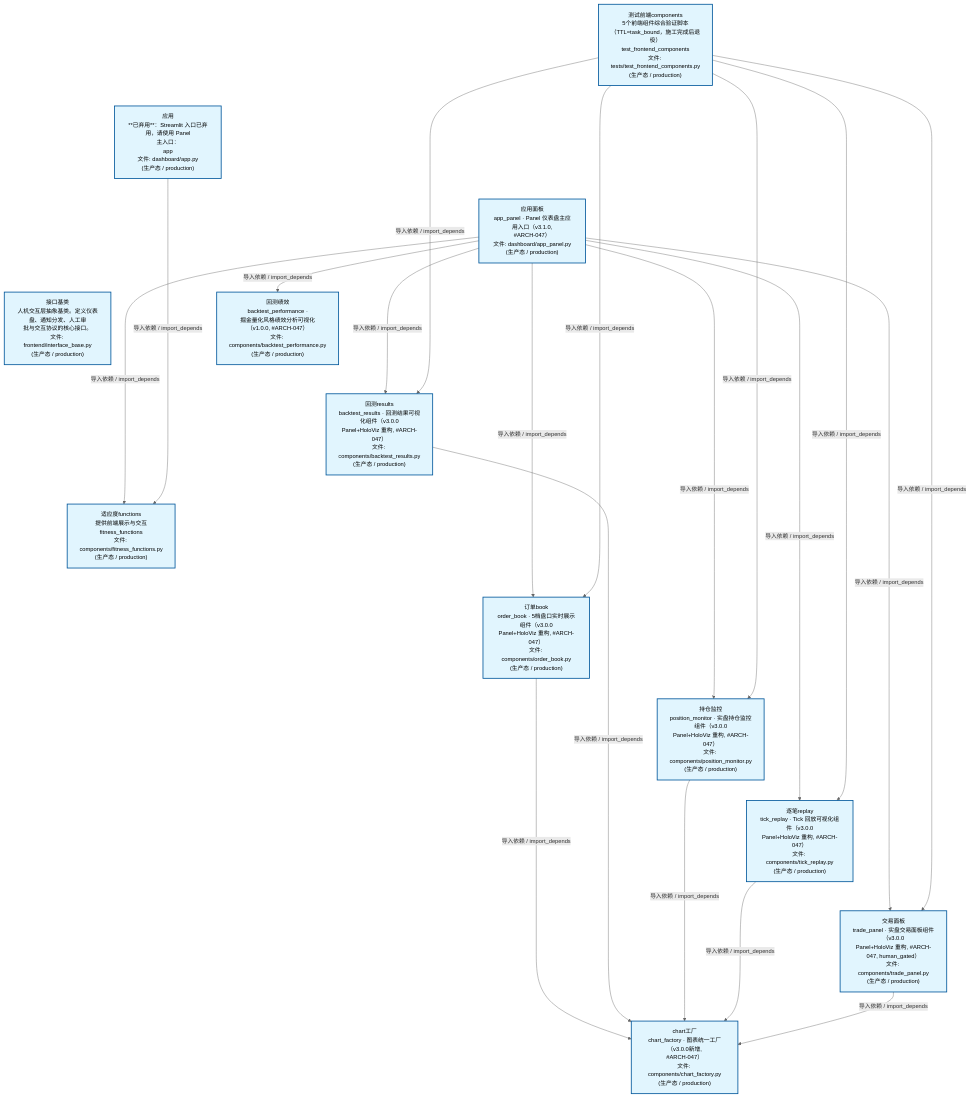
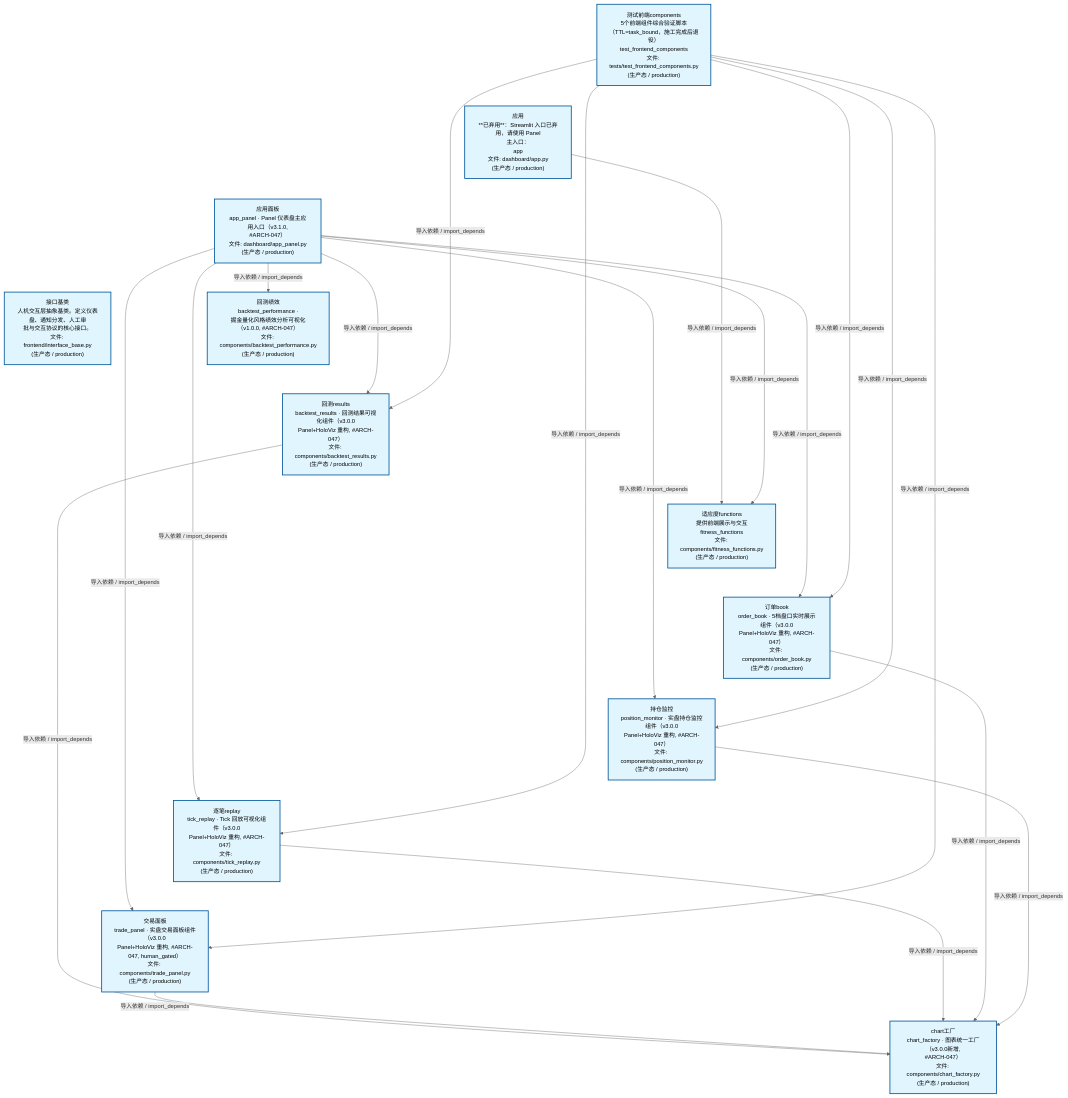
Before and after one commit to xuanFelixVan/ZephyrAlpha: the second of 4 diagrams in docs/02_enterprise_architecture/02_domain_architecture_docs/47_d_frontend.md, drawn with Mermaid. The commit also changed other lines of this file and 48 other files, not shown here.

````diff
--- a/docs/02_enterprise_architecture/02_domain_architecture_docs/47_d_frontend.md
+++ b/docs/02_enterprise_architecture/02_domain_architecture_docs/47_d_frontend.md
@@ -124,48 +124,48 @@
 ```mermaid
 %%{init: {'theme': 'base', 'themeVariables': {'primaryColor': '#eaeaea', 'primaryTextColor': '#333333', 'primaryBorderColor': '#666666', 'lineColor': '#666666', 'secondaryColor': '#eaeaea', 'tertiaryColor': '#eaeaea', 'fontSize': '14px'}}}%%
 flowchart TD
     scripts_tests_test_frontend_components_py["测试前端components<br/>5个前端组件综合验证脚本<br/>（TTL=task_bound，施工完成后退役）<br/>test_frontend_components<br/>文件: tests/test_frontend_components.py<br/>(生产态 / production)"]
     src_zephyr_frontend_dashboard_app_py["应用<br/>**已弃用**：Streamlit 入口已弃用，请使用 Panel<br/>主入口：<br/>app<br/>文件: dashboard/app.py<br/>(生产态 / production)"]
     src_zephyr_frontend_dashboard_app_panel_py["应用面板<br/>app_panel · Panel 仪表盘主应用入口（v3.1.0,<br/>#ARCH-047）<br/>文件: dashboard/app_panel.py<br/>(生产态 / production)"]
     src_zephyr_frontend_interface_base_py["接口基类<br/>人机交互层抽象基类。定义仪表盘、通知分发、人工审<br/>批与交互协议的核心接口。<br/>文件: frontend/interface_base.py<br/>(生产态 / production)"]
     scripts_tests_test_frontend_components_py ~~~ src_zephyr_frontend_dashboard_app_py
     src_zephyr_frontend_dashboard_app_py ~~~ src_zephyr_frontend_dashboard_app_panel_py
     src_zephyr_frontend_dashboard_app_panel_py ~~~ src_zephyr_frontend_interface_base_py
     src_zephyr_frontend_dashboard_components_backtest_performance_py["回测绩效<br/>backtest_performance ·<br/>掘金量化风格绩效分析可视化（v1.0.0, #ARCH-047）<br/>文件: components/backtest_performance.py<br/>(生产态 / production)"]
     src_zephyr_frontend_dashboard_components_backtest_results_py["回测results<br/>backtest_results · 回测结果可视化组件（v3.0.0<br/>Panel+HoloViz 重构, #ARCH-047）<br/>文件: components/backtest_results.py<br/>(生产态 / production)"]
     src_zephyr_frontend_dashboard_components_fitness_functions_py["适应度functions<br/>提供前端展示与交互<br/>fitness_functions<br/>文件: components/fitness_functions.py<br/>(生产态 / production)"]
     src_zephyr_frontend_dashboard_components_order_book_py["订单book<br/>order_book · 5档盘口实时展示组件（v3.0.0<br/>Panel+HoloViz 重构, #ARCH-047）<br/>文件: components/order_book.py<br/>(生产态 / production)"]
     src_zephyr_frontend_dashboard_components_position_monitor_py["持仓监控<br/>position_monitor · 实盘持仓监控组件（v3.0.0<br/>Panel+HoloViz 重构, #ARCH-047）<br/>文件: components/position_monitor.py<br/>(生产态 / production)"]
     src_zephyr_frontend_dashboard_components_tick_replay_py["逐笔replay<br/>tick_replay · Tick 回放可视化组件（v3.0.0<br/>Panel+HoloViz 重构, #ARCH-047）<br/>文件: components/tick_replay.py<br/>(生产态 / production)"]
     src_zephyr_frontend_dashboard_components_trade_panel_py["交易面板<br/>trade_panel · 实盘交易面板组件（v3.0.0<br/>Panel+HoloViz 重构, #ARCH-047, human_gated）<br/>文件: components/trade_panel.py<br/>(生产态 / production)"]
     src_zephyr_frontend_dashboard_components_backtest_performance_py ~~~ src_zephyr_frontend_dashboard_components_backtest_results_py
     src_zephyr_frontend_dashboard_components_backtest_results_py ~~~ src_zephyr_frontend_dashboard_components_fitness_functions_py
     src_zephyr_frontend_dashboard_components_fitness_functions_py ~~~ src_zephyr_frontend_dashboard_components_order_book_py
     src_zephyr_frontend_dashboard_components_order_book_py ~~~ src_zephyr_frontend_dashboard_components_position_monitor_py
     src_zephyr_frontend_dashboard_components_position_monitor_py ~~~ src_zephyr_frontend_dashboard_components_tick_replay_py
     src_zephyr_frontend_dashboard_components_tick_replay_py ~~~ src_zephyr_frontend_dashboard_components_trade_panel_py
     src_zephyr_frontend_dashboard_components_chart_factory_py["chart工厂<br/>chart_factory · 图表统一工厂（v3.0.0新增,<br/>#ARCH-047）<br/>文件: components/chart_factory.py<br/>(生产态 / production)"]
+    src_zephyr_frontend_dashboard_components_backtest_results_py -->|导入依赖 / import_depends| src_zephyr_frontend_dashboard_components_chart_factory_py
+    src_zephyr_frontend_dashboard_app_py -->|导入依赖 / import_depends| src_zephyr_frontend_dashboard_components_fitness_functions_py
+    src_zephyr_frontend_dashboard_app_panel_py -->|导入依赖 / import_depends| src_zephyr_frontend_dashboard_components_backtest_results_py
+    src_zephyr_frontend_dashboard_app_panel_py -->|导入依赖 / import_depends| src_zephyr_frontend_dashboard_components_fitness_functions_py
     src_zephyr_frontend_dashboard_app_panel_py -->|导入依赖 / import_depends| src_zephyr_frontend_dashboard_components_backtest_performance_py
-    src_zephyr_frontend_dashboard_app_panel_py -->|导入依赖 / import_depends| src_zephyr_frontend_dashboard_components_fitness_functions_py
+    src_zephyr_frontend_dashboard_app_panel_py -->|导入依赖 / import_depends| src_zephyr_frontend_dashboard_components_trade_panel_py
+    src_zephyr_frontend_dashboard_app_panel_py -->|导入依赖 / import_depends| src_zephyr_frontend_dashboard_components_tick_replay_py
     src_zephyr_frontend_dashboard_app_panel_py -->|导入依赖 / import_depends| src_zephyr_frontend_dashboard_components_order_book_py
-    src_zephyr_frontend_dashboard_app_panel_py -->|导入依赖 / import_depends| src_zephyr_frontend_dashboard_components_backtest_results_py
     src_zephyr_frontend_dashboard_app_panel_py -->|导入依赖 / import_depends| src_zephyr_frontend_dashboard_components_position_monitor_py
-    src_zephyr_frontend_dashboard_app_panel_py -->|导入依赖 / import_depends| src_zephyr_frontend_dashboard_components_tick_replay_py
-    src_zephyr_frontend_dashboard_app_panel_py -->|导入依赖 / import_depends| src_zephyr_frontend_dashboard_components_trade_panel_py
-    src_zephyr_frontend_dashboard_app_py -->|导入依赖 / import_depends| src_zephyr_frontend_dashboard_components_fitness_functions_py
+    src_zephyr_frontend_dashboard_components_trade_panel_py -->|导入依赖 / import_depends| src_zephyr_frontend_dashboard_components_chart_factory_py
+    src_zephyr_frontend_dashboard_components_tick_replay_py -->|导入依赖 / import_depends| src_zephyr_frontend_dashboard_components_chart_factory_py
     src_zephyr_frontend_dashboard_components_order_book_py -->|导入依赖 / import_depends| src_zephyr_frontend_dashboard_components_chart_factory_py
-    src_zephyr_frontend_dashboard_components_backtest_results_py -->|导入依赖 / import_depends| src_zephyr_frontend_dashboard_components_chart_factory_py
     src_zephyr_frontend_dashboard_components_position_monitor_py -->|导入依赖 / import_depends| src_zephyr_frontend_dashboard_components_chart_factory_py
-    src_zephyr_frontend_dashboard_components_tick_replay_py -->|导入依赖 / import_depends| src_zephyr_frontend_dashboard_components_chart_factory_py
-    src_zephyr_frontend_dashboard_components_trade_panel_py -->|导入依赖 / import_depends| src_zephyr_frontend_dashboard_components_chart_factory_py
+    scripts_tests_test_frontend_components_py -->|导入依赖 / import_depends| src_zephyr_frontend_dashboard_components_backtest_results_py
+    scripts_tests_test_frontend_components_py -->|导入依赖 / import_depends| src_zephyr_frontend_dashboard_components_trade_panel_py
+    scripts_tests_test_frontend_components_py -->|导入依赖 / import_depends| src_zephyr_frontend_dashboard_components_tick_replay_py
     scripts_tests_test_frontend_components_py -->|导入依赖 / import_depends| src_zephyr_frontend_dashboard_components_order_book_py
-    scripts_tests_test_frontend_components_py -->|导入依赖 / import_depends| src_zephyr_frontend_dashboard_components_backtest_results_py
     scripts_tests_test_frontend_components_py -->|导入依赖 / import_depends| src_zephyr_frontend_dashboard_components_position_monitor_py
-    scripts_tests_test_frontend_components_py -->|导入依赖 / import_depends| src_zephyr_frontend_dashboard_components_tick_replay_py
-    scripts_tests_test_frontend_components_py -->|导入依赖 / import_depends| src_zephyr_frontend_dashboard_components_trade_panel_py
     classDef production fill:#e1f5fe,stroke:#01579b,stroke-width:2px,color:#000
     classDef design fill:#fff3e0,stroke:#e65100,stroke-width:2px,color:#000,stroke-dasharray: 5 5
     classDef external_prod fill:#e8f4fd,stroke:#0277bd,stroke-width:1px,color:#000
     classDef external_design fill:#fff8e7,stroke:#ef6c00,stroke-width:1px,color:#000,stroke-dasharray: 5 5
     class scripts_tests_test_frontend_components_py,src_zephyr_frontend_dashboard_app_py,src_zephyr_frontend_dashboard_app_panel_py,src_zephyr_frontend_dashboard_components_backtest_performance_py,src_zephyr_frontend_dashboard_components_backtest_results_py,src_zephyr_frontend_dashboard_components_chart_factory_py,src_zephyr_frontend_dashboard_components_fitness_functions_py,src_zephyr_frontend_dashboard_components_order_book_py,src_zephyr_frontend_dashboard_components_position_monitor_py,src_zephyr_frontend_dashboard_components_tick_replay_py,src_zephyr_frontend_dashboard_components_trade_panel_py,src_zephyr_frontend_interface_base_py production
 ```
````
